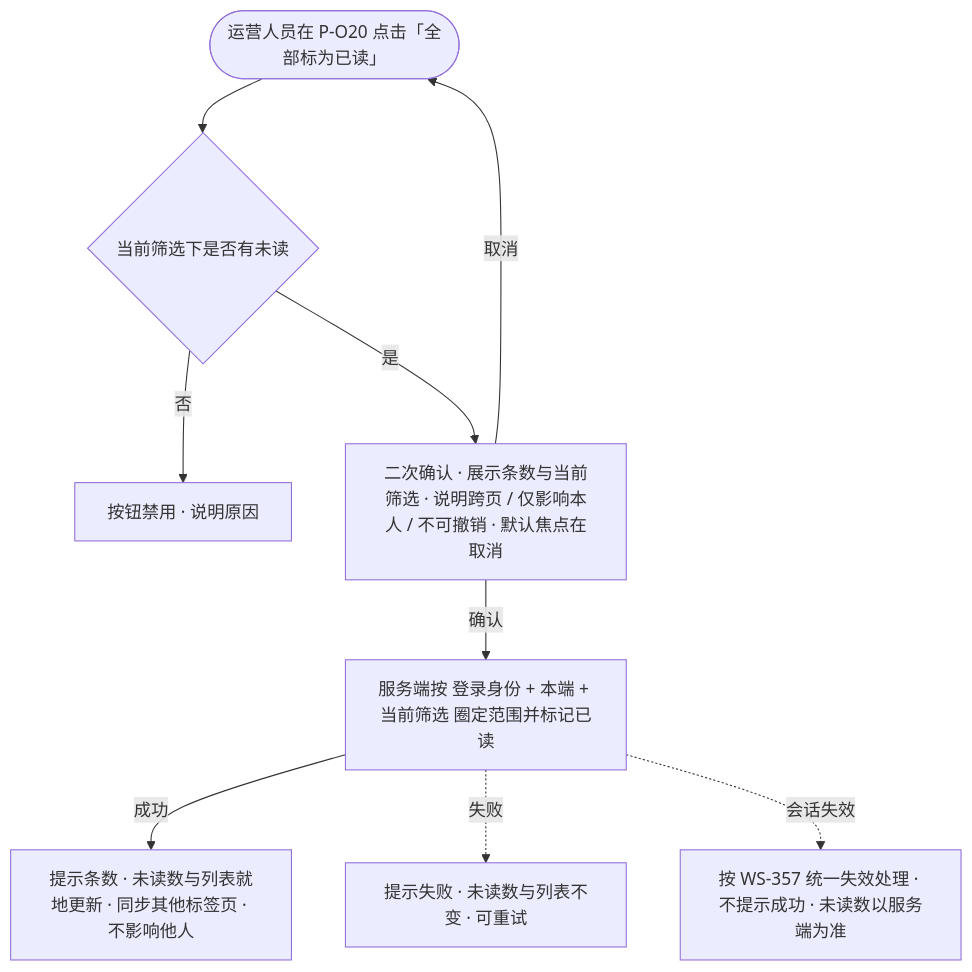
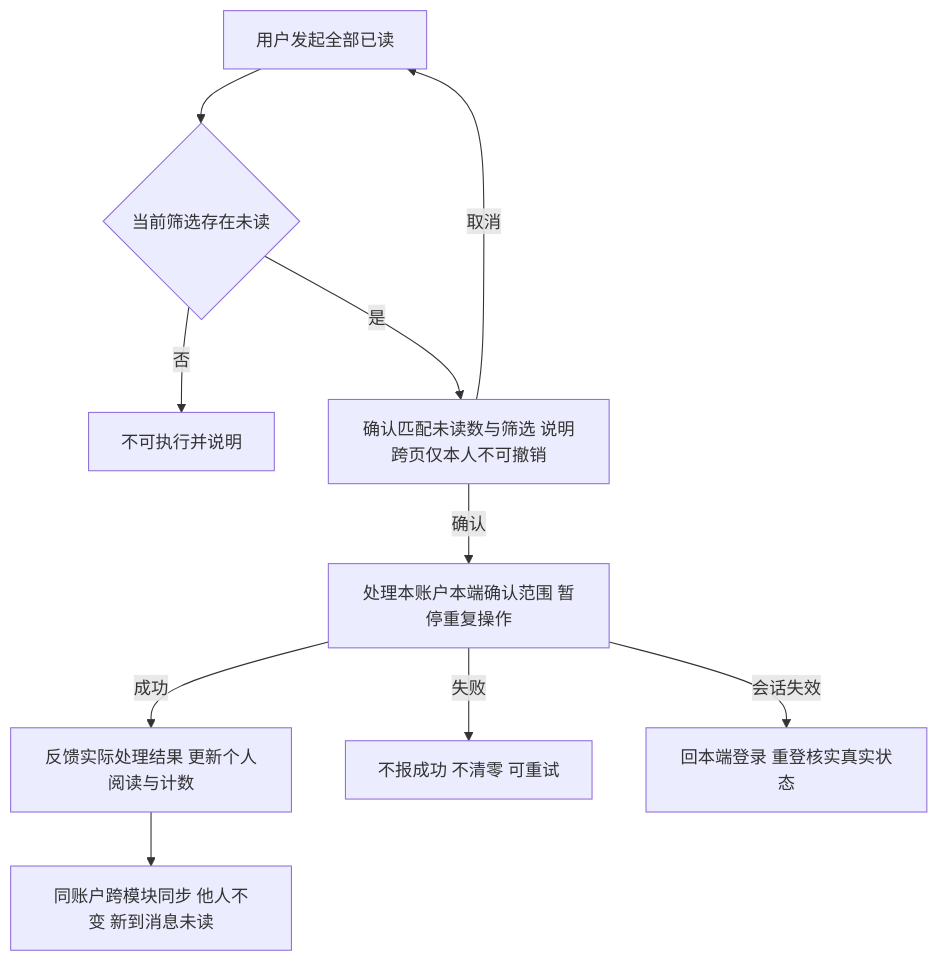
The fourth of 7 diagrams in lending-platform/PRD/v1.0-运营端消息通知/v1.0-运营端消息通知-流程图与状态机.md (wxblockchain/Chain-Financing), drawn with Mermaid before and after one commit. The commit also changed other lines of this file and 3 other files, not shown here.

````diff
--- a/lending-platform/PRD/v1.0-运营端消息通知/v1.0-运营端消息通知-流程图与状态机.md
+++ b/lending-platform/PRD/v1.0-运营端消息通知/v1.0-运营端消息通知-流程图与状态机.md
@@ -133,11 +94,12 @@
 ```mermaid
 flowchart TD
-    A([运营人员在 P-O20 点击「全部标为已读」]) --> B{当前筛选下是否有未读}
-    B -->|否| B1[按钮禁用 · 说明原因]
-    B -->|是| C[二次确认 · 展示条数与当前筛选 · 说明跨页 / 仅影响本人 / 不可撤销 · 默认焦点在取消]
-    C -->|取消| A
-    C -->|确认| D[服务端按 登录身份 + 本端 + 当前筛选 圈定范围并标记已读]
-    D -->|成功| E[提示条数 · 未读数与列表就地更新 · 同步其他标签页 · 不影响他人]
-    D -.->|失败| F[提示失败 · 未读数与列表不变 · 可重试]
-    D -.->|会话失效| G[按 WS-357 统一失效处理 · 不提示成功 · 未读数以服务端为准]
+    A[用户发起全部已读] --> B{当前筛选存在未读}
+    B -->|否| C[不可执行并说明]
+    B -->|是| D[确认匹配未读数与筛选 说明跨页仅本人不可撤销]
+    D -->|取消| A
+    D -->|确认| E[处理本账户本端确认范围 暂停重复操作]
+    E -->|成功| F[反馈实际处理结果 更新个人阅读与计数]
+    E -->|失败| G[不报成功 不清零 可重试]
+    E -->|会话失效| H[回本端登录 重登核实真实状态]
+    F --> I[同账户跨模块同步 他人不变 新到消息未读]
 ```
````
